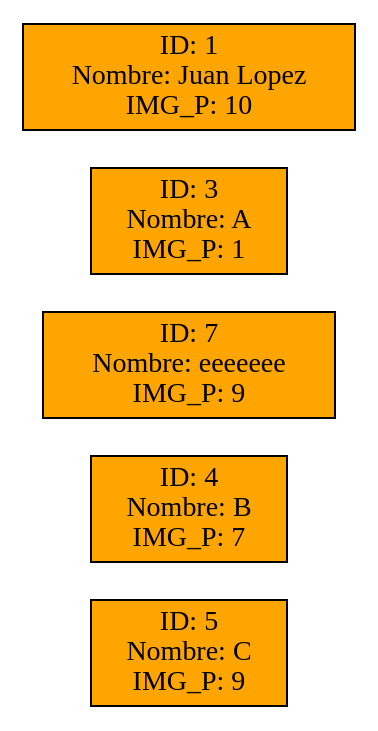
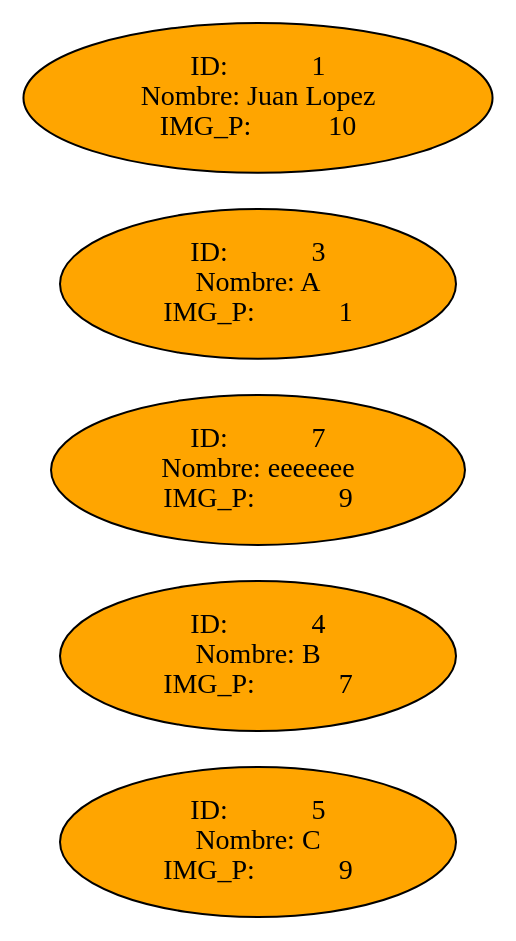
Before and after one commit to helenrodas/fase1ProyectoEdd: the diagram in TopImgPequena.dot, drawn with Graphviz. The commit also changed 6 other files, not shown here.

```diff
--- a/TopImgPequena.dot
+++ b/TopImgPequena.dot
@@ -1,12 +1,12 @@
  digraph G {
-   node [shape=record];
+   node [shape=ellipse];
    rankdir=LR
    graph [ bgcolor=white];
  "nodo    0"[label="ID:            5 \n Nombre: C\n IMG_P:            9 ", fillcolor=orange, style=filled];
  "nodo    1"[label="ID:            4 \n Nombre: B\n IMG_P:            7 ", fillcolor=orange, style=filled];
  "nodo    2"[label="ID:            7 \n Nombre: eeeeeee\n IMG_P:            9 ", fillcolor=orange, style=filled];
  "nodo    3"[label="ID:            3 \n Nombre: A\n IMG_P:            1 ", fillcolor=orange, style=filled];
  "nodo    4"[label="ID:            1 \n Nombre: Juan Lopez\n IMG_P:           10 ", fillcolor=orange, style=filled];
  
  rankdir = LR
  }
```
